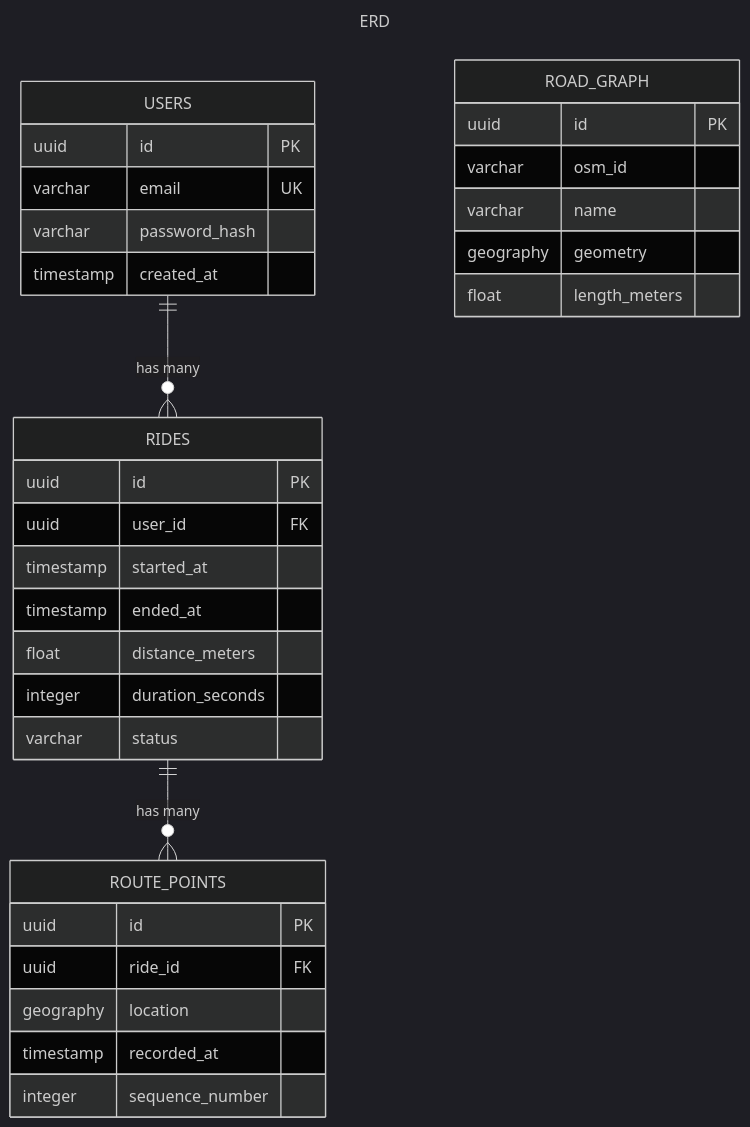
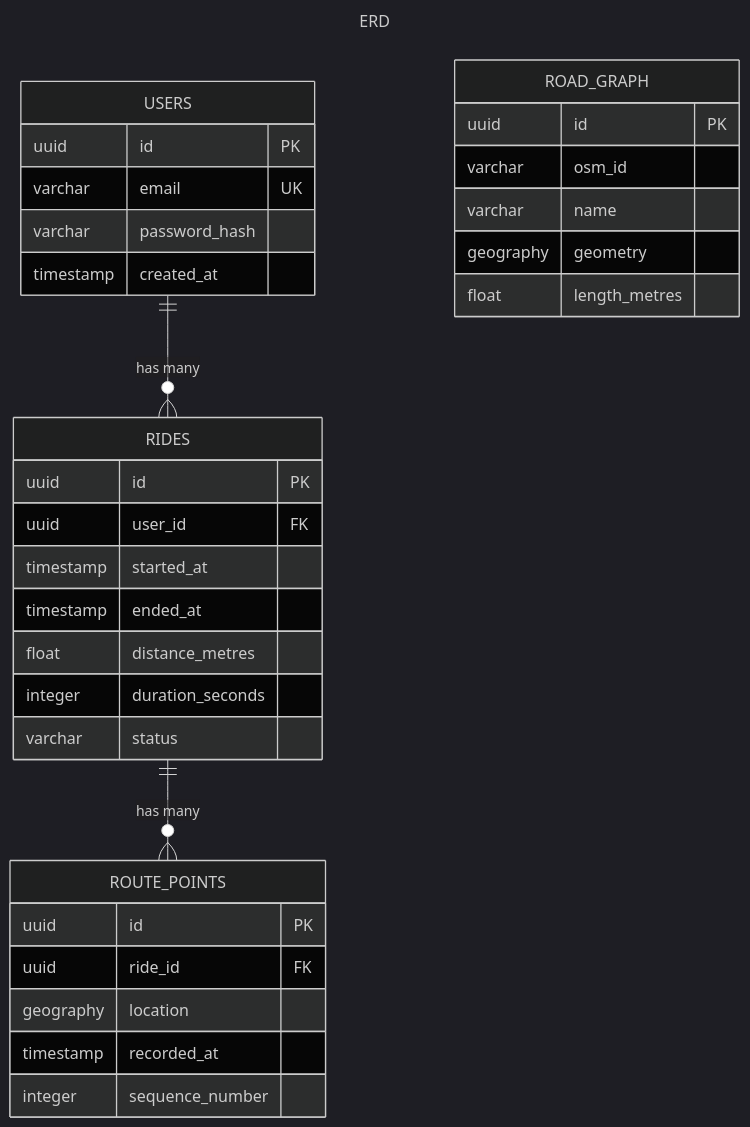
Before and after one commit to sahithnulu/route-explorer: the diagram in docs/Database/erd.md, drawn with Mermaid (dark theme). The commit also changed 5 other files, not shown here.

````diff
--- a/docs/Database/erd.md
+++ b/docs/Database/erd.md
@@ -1,40 +1,40 @@
 ```mermaid
 ---
 title: ERD
 ---
 erDiagram
 USERS {
 uuid id PK
 varchar email UK
 varchar password_hash
 timestamp created_at
 }
 RIDES {
 uuid id PK
 uuid user_id FK
 timestamp started_at
 timestamp ended_at
-float distance_meters
+float distance_metres
 integer duration_seconds
 varchar status
 }
 
 ROUTE_POINTS{
 uuid id PK
 uuid ride_id FK
 geography location
 timestamp recorded_at
 integer sequence_number
 }
 
 ROAD_GRAPH{
 uuid id PK
 varchar osm_id
 varchar name
 geography geometry
-float length_meters
+float length_metres
 }
     USERS ||--o{ RIDES : "has many"
     RIDES ||--o{ ROUTE_POINTS : "has many"
     ROAD_GRAPH
 ```
````
